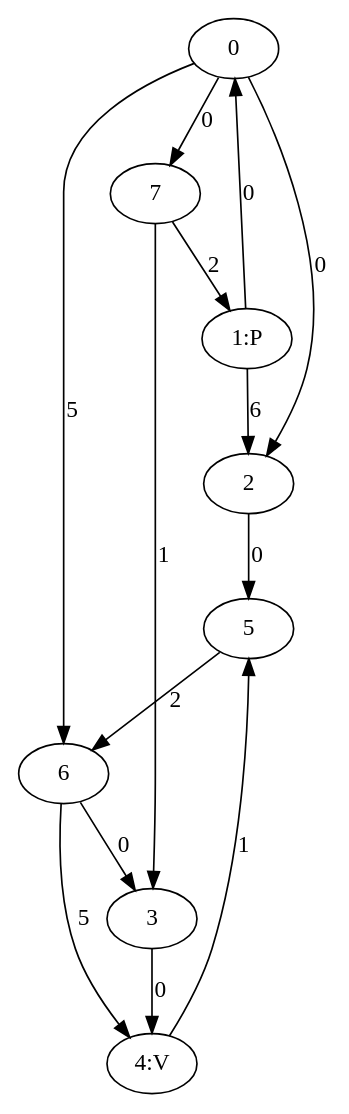
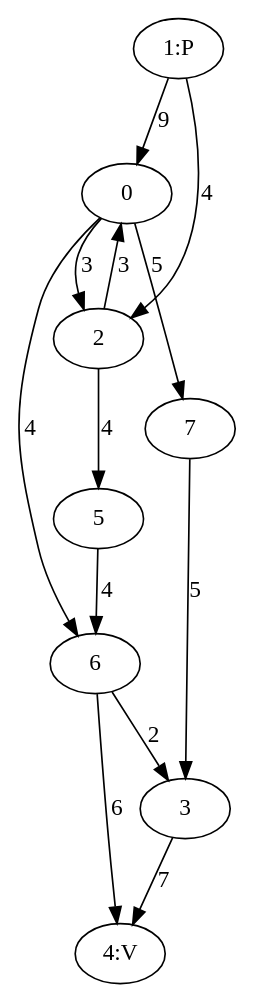
The diagram in Gevorderde algoritmen/Labo/5. Fietsnetwerken/Fietsnetwerken/Fietsnetwerken/oplossing.dot (Lentosy/Master-Informatica), drawn with Graphviz before and after one commit. The commit also changed 17 other files, not shown here.

```diff
--- a/Gevorderde algoritmen/Labo/5. Fietsnetwerken/Fietsnetwerken/Fietsnetwerken/oplossing.dot
+++ b/Gevorderde algoritmen/Labo/5. Fietsnetwerken/Fietsnetwerken/Fietsnetwerken/oplossing.dot
@@ -1,15 +1,15 @@
 digraph {
-0 -> 2[label="0"];
-0 -> 6[label="5"];
-0 -> 7[label="0"];
-"1:P" -> 0[label="0"];
-"1:P" -> 2[label="6"];
-2 -> 5[label="0"];
-3 -> "4:V"[label="0"];
-"4:V" -> 5[label="1"];
-5 -> 6[label="2"];
-6 -> 3[label="0"];
-6 -> "4:V"[label="5"];
-7 -> "1:P"[label="2"];
-7 -> 3[label="1"];
+0 -> 2[label="3"];
+0 -> 6[label="4"];
+0 -> 7[label="5"];
+"1:P" -> 0[label="9"];
+"1:P" -> 2[label="4"];
+2 -> 0[label="3"];
+2 -> 5[label="4"];
+3 -> "4:V"[label="7"];
+"4:V";
+5 -> 6[label="4"];
+6 -> 3[label="2"];
+6 -> "4:V"[label="6"];
+7 -> 3[label="5"];
 }
```
